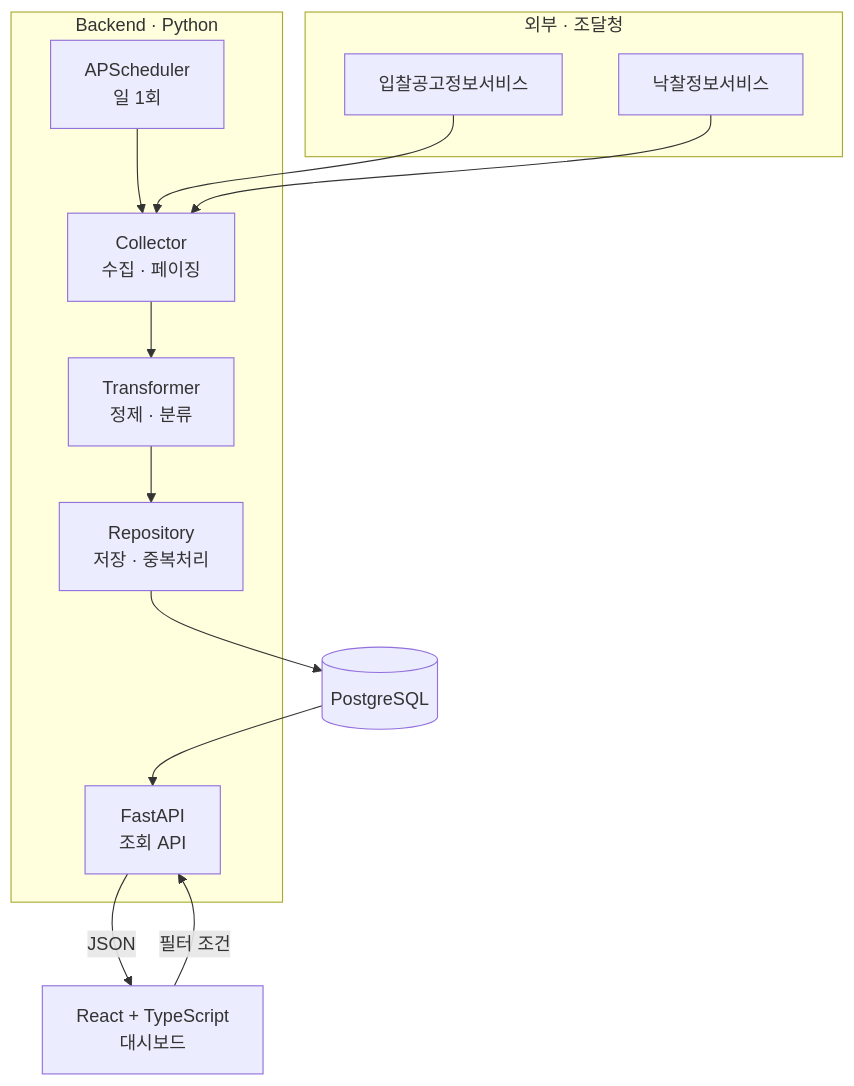
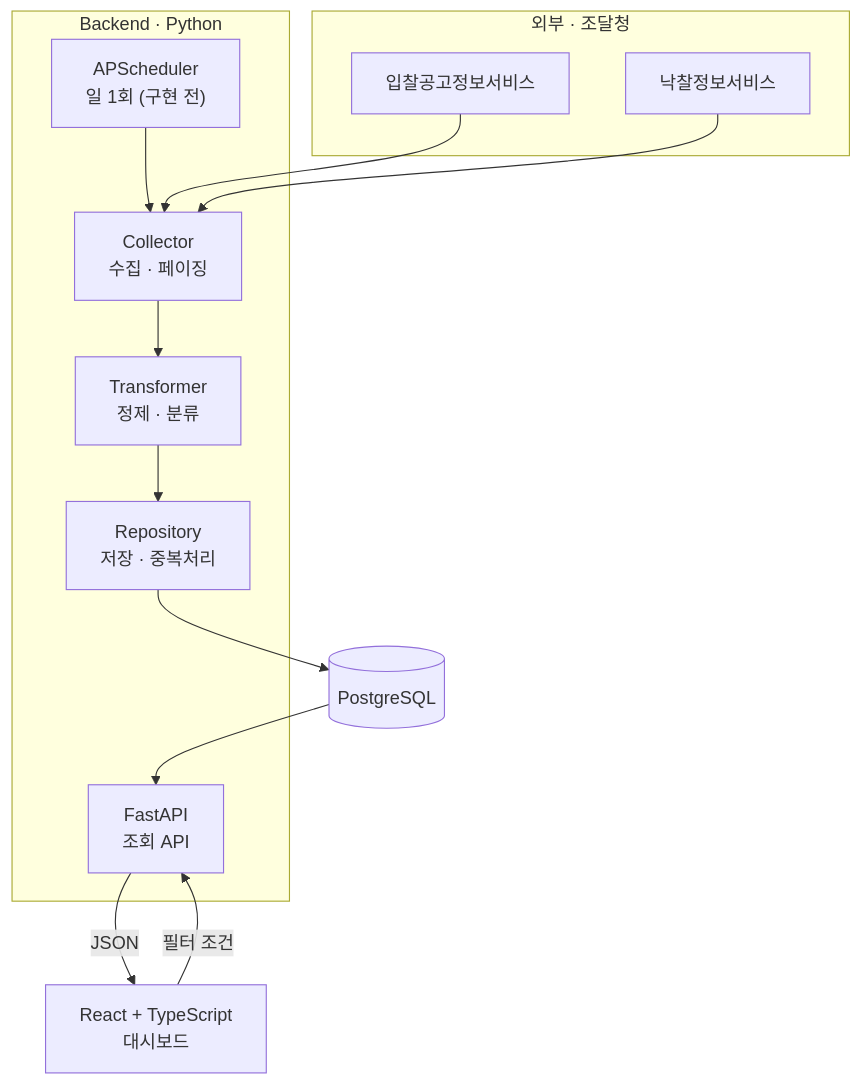
One commit to sagming40/bidwise changed the first of 3 diagrams in README.md. Above: the diagram before and after it, drawn with Mermaid. The commit also changed other lines of this file and 4 other files, not shown here.

````diff
--- a/README.md
+++ b/README.md
@@ -62,26 +62,26 @@
 ```mermaid
 flowchart TB
     subgraph EXT["외부 · 조달청"]
         API1["입찰공고정보서비스"]
         API2["낙찰정보서비스"]
     end
 
     subgraph BE["Backend · Python"]
-        SCHED["APScheduler<br/>일 1회"]
+        SCHED["APScheduler<br/>일 1회 (구현 전)"]
         COLL["Collector<br/>수집 · 페이징"]
         TRANS["Transformer<br/>정제 · 분류"]
         REPO["Repository<br/>저장 · 중복처리"]
         APISRV["FastAPI<br/>조회 API"]
     end
 
     DB[("PostgreSQL")]
     UI["React + TypeScript<br/>대시보드"]
 
     SCHED --> COLL
     API1 --> COLL
     API2 --> COLL
     COLL --> TRANS --> REPO --> DB
     DB --> APISRV
     APISRV -->|"JSON"| UI
     UI -->|"필터 조건"| APISRV
 ```
````
